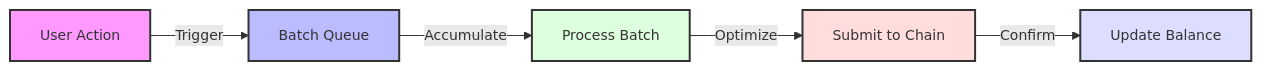
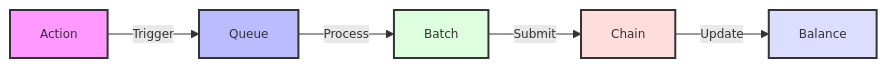
Before and after one commit to MEMEFANS/memefans: the third of 4 diagrams in docs/whitepaper/executive-summary.md, drawn with Mermaid. The commit also changed other lines of this file and 1 other file, not shown here.

Commit message:
style: optimize diagram sizes and text for mobile display

````diff
--- a/docs/whitepaper/executive-summary.md
+++ b/docs/whitepaper/executive-summary.md
@@ -90,23 +102,28 @@
 ```mermaid
 %%{
   init: {
     'theme': 'default',
-    'themeVariables': { 'fontSize': '14px'},
+    'themeVariables': { 
+      'fontSize': '12px',
+      'fontFamily': 'arial',
+      'nodeSpacing': 20,
+      'rankSpacing': 20
+    },
     'flowchart': {
-      'diagramPadding': 8,
+      'diagramPadding': 4,
       'htmlLabels': true,
       'curve': 'basis'
     }
   }
 }%%
 graph LR
-    A[User Action] -->|Trigger| B[Batch Queue]
-    B -->|Accumulate| C[Process Batch]
-    C -->|Optimize| D[Submit to Chain]
-    D -->|Confirm| E[Update Balance]
+    A[Action] -->|Trigger| B[Queue]
+    B -->|Process| C[Batch]
+    C -->|Submit| D[Chain]
+    D -->|Update| E[Balance]
     style A fill:#f9f,stroke:#333,stroke-width:2px
     style B fill:#bbf,stroke:#333,stroke-width:2px
     style C fill:#dfd,stroke:#333,stroke-width:2px
     style D fill:#fdd,stroke:#333,stroke-width:2px
     style E fill:#ddf,stroke:#333,stroke-width:2px
 ```
````
